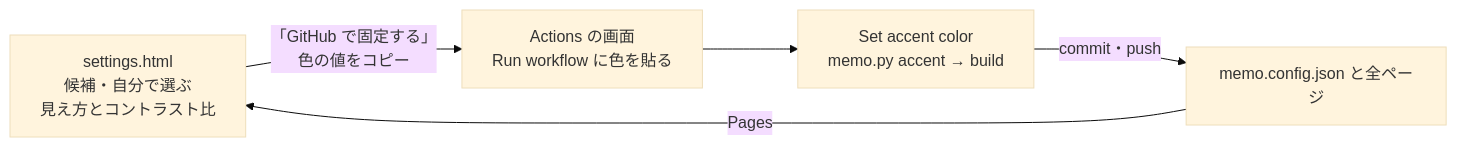
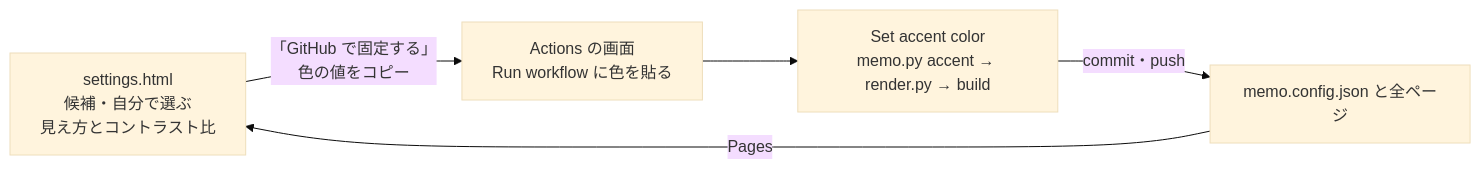
Before and after one commit to taka1156/memo-kit: the seventh of 9 diagrams in memo-detail.md, drawn with Mermaid (base theme). The commit also changed other lines of this file and 7 other files, not shown here.

First line of the commit message:
Set accent color でアイコン・OGP 画像も同じ色で作り直す。アイコンの絵柄を選べるようにする

````diff
--- a/memo-detail.md
+++ b/memo-detail.md
@@ -384,7 +385,7 @@
 ```mermaid
 flowchart LR
   sp["settings.html<br/>候補・自分で選ぶ<br/>見え方とコントラスト比"] -->|"「GitHub で固定する」<br/>色の値をコピー"| run["Actions の画面<br/>Run workflow に色を貼る"]
-  run --> wf["Set accent color<br/>memo.py accent → build"]
+  run --> wf["Set accent color<br/>memo.py accent → render.py → build"]
   wf -->|"commit・push"| repo["memo.config.json と全ページ"]
   repo -->|Pages| sp
 ```
````
